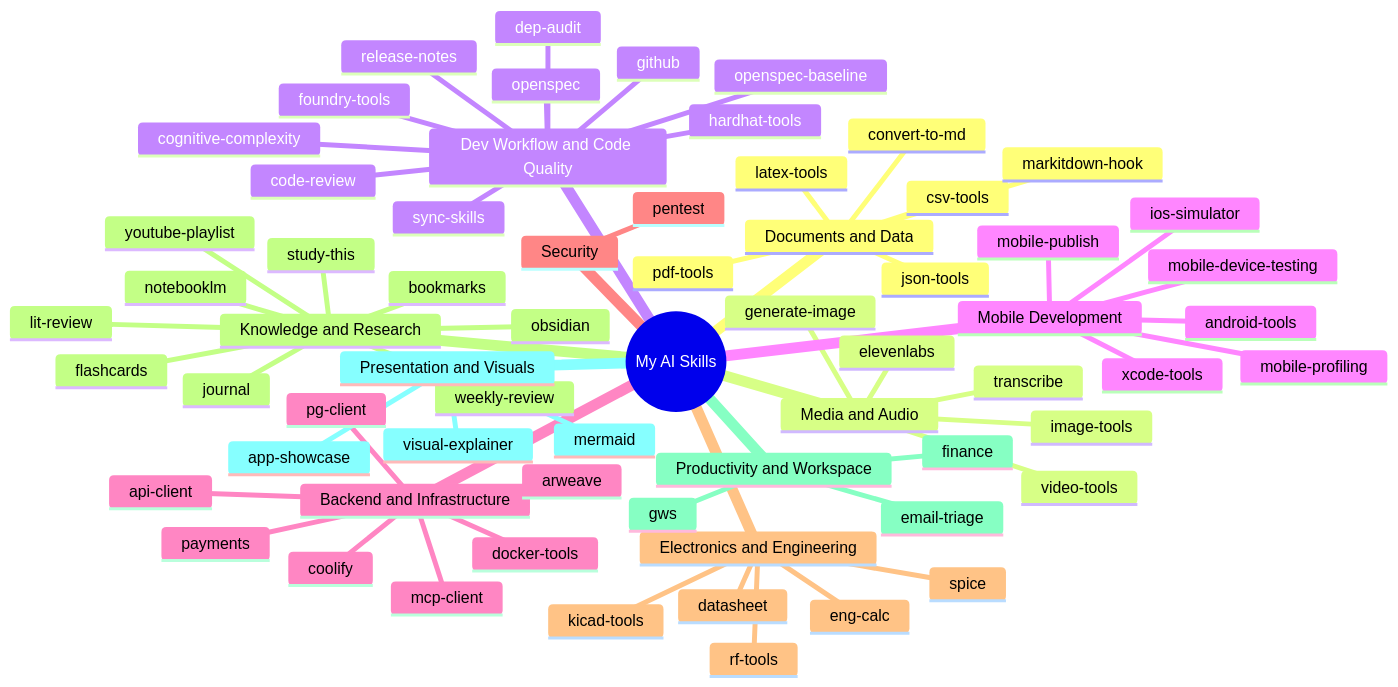
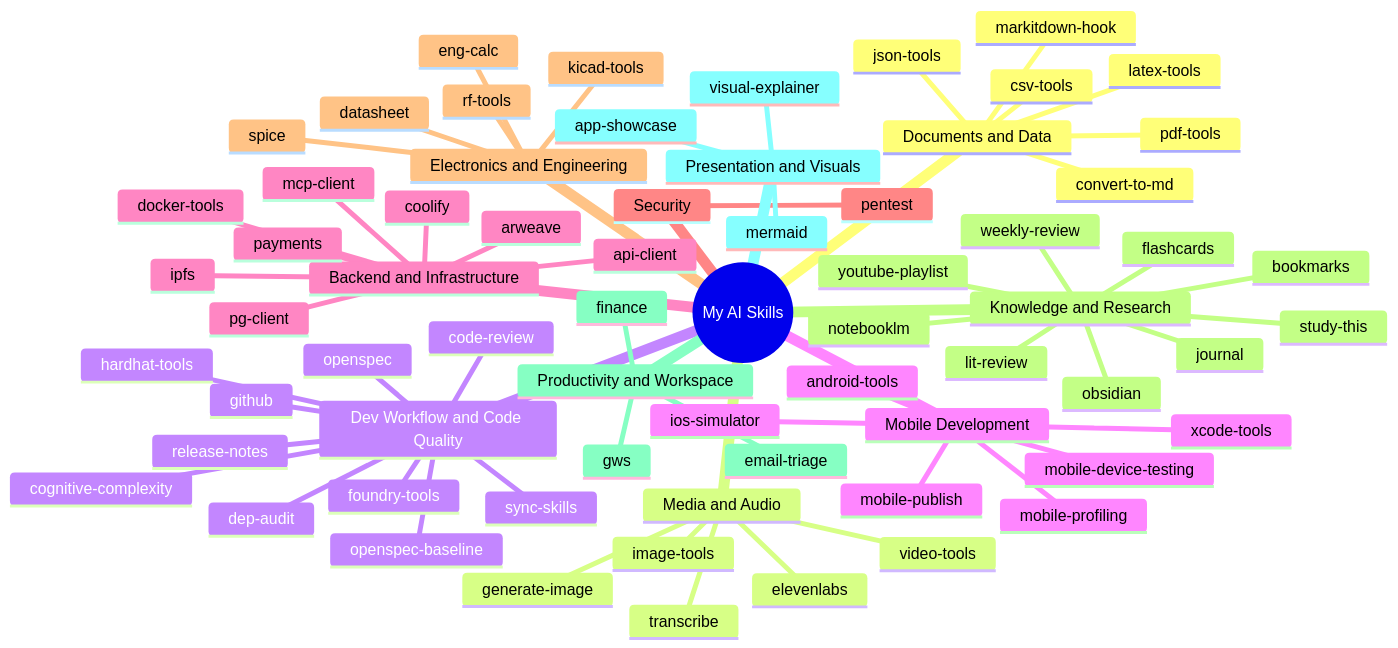
Before and after one commit to leonardoaraujosantos/my_ai_skills: the diagram in README.md, drawn with Mermaid. The commit also changed other lines of this file and 6 other files, not shown here.

````diff
--- a/README.md
+++ b/README.md
@@ -9,69 +9,70 @@
 ```mermaid
 mindmap
   root((My AI Skills))
     Documents and Data
       convert-to-md
       csv-tools
       json-tools
       latex-tools
       markitdown-hook
       pdf-tools
     Media and Audio
       elevenlabs
       generate-image
       image-tools
       transcribe
       video-tools
     Dev Workflow and Code Quality
       code-review
       cognitive-complexity
       dep-audit
       foundry-tools
       github
       hardhat-tools
       openspec
       openspec-baseline
       release-notes
       sync-skills
     Mobile Development
       android-tools
       ios-simulator
       mobile-device-testing
       mobile-profiling
       mobile-publish
       xcode-tools
     Backend and Infrastructure
       api-client
       arweave
       coolify
       docker-tools
+      ipfs
       mcp-client
       payments
       pg-client
     Security
       pentest
     Electronics and Engineering
       datasheet
       eng-calc
       kicad-tools
       rf-tools
       spice
     Knowledge and Research
       bookmarks
       flashcards
       journal
       lit-review
       notebooklm
       obsidian
       study-this
       weekly-review
       youtube-playlist
     Productivity and Workspace
       email-triage
       finance
       gws
     Presentation and Visuals
       app-showcase
       mermaid
       visual-explainer
 ```
````
